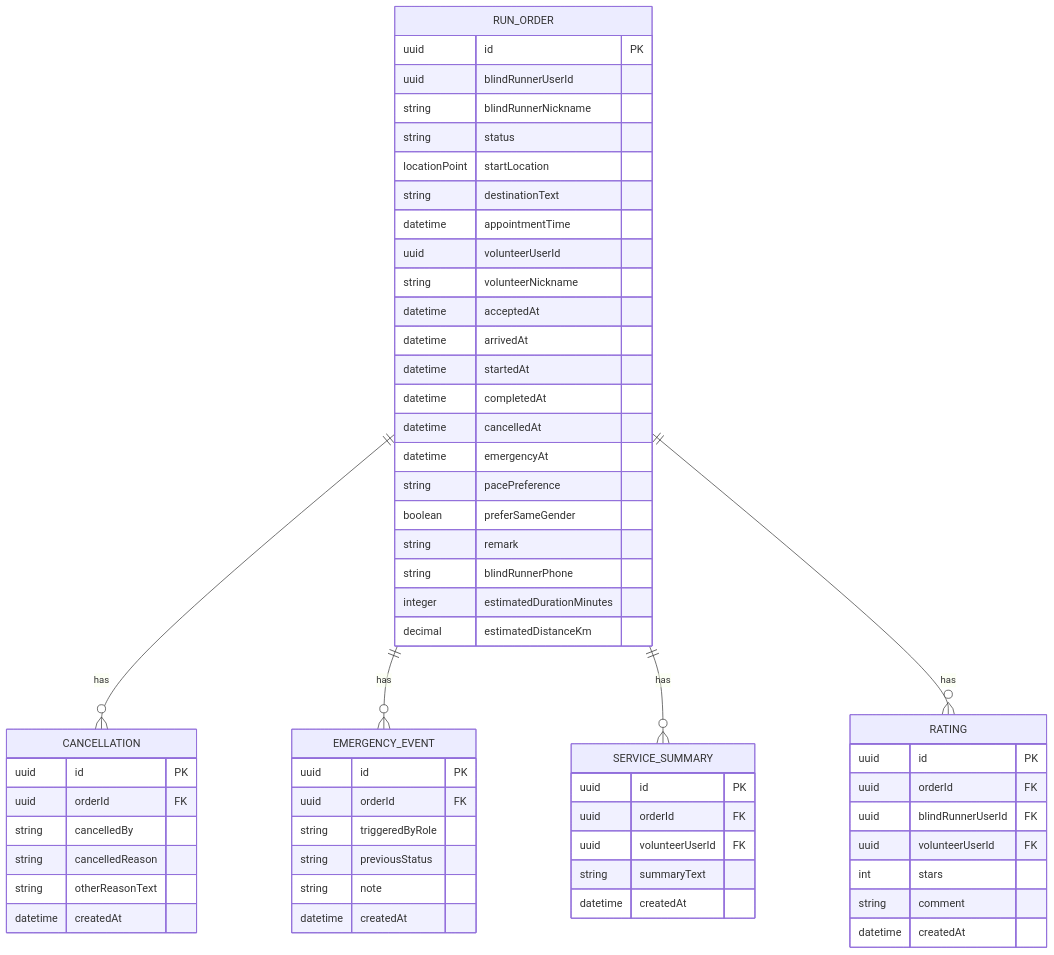
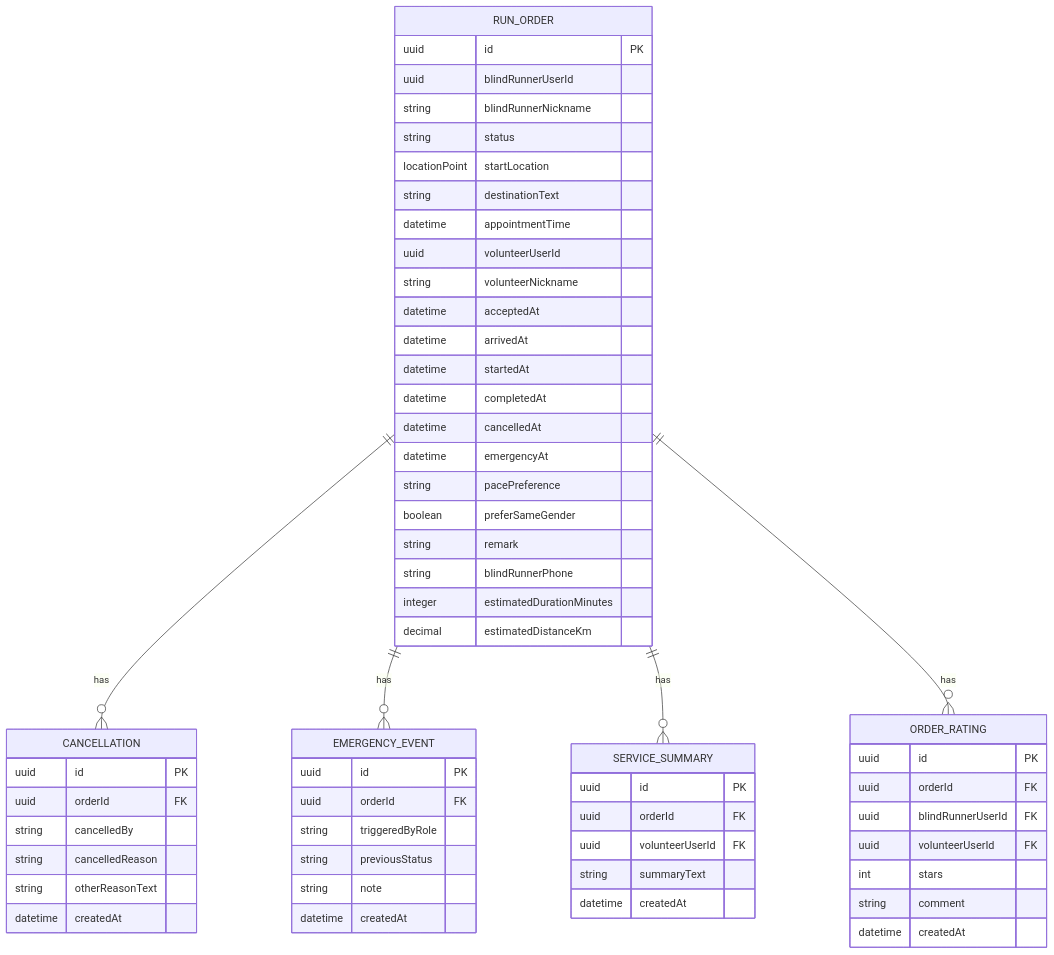
The tenth of 12 diagrams in .qoder/repowiki/zh/content/核心功能模块/订单生命周期管理.md (Jayden23018/blind-run-ios), drawn with Mermaid before and after one commit. The commit also changed other lines of this file and 8 other files, not shown here.

````diff
--- a/.qoder/repowiki/zh/content/核心功能模块/订单生命周期管理.md
+++ b/.qoder/repowiki/zh/content/核心功能模块/订单生命周期管理.md
@@ -426,62 +453,62 @@
 ```mermaid
 erDiagram
 RUN_ORDER {
 uuid id PK
 uuid blindRunnerUserId
 string blindRunnerNickname
 string status
 locationPoint startLocation
 string destinationText
 datetime appointmentTime
 uuid volunteerUserId
 string volunteerNickname
 datetime acceptedAt
 datetime arrivedAt
 datetime startedAt
 datetime completedAt
 datetime cancelledAt
 datetime emergencyAt
 string pacePreference
 boolean preferSameGender
 string remark
 string blindRunnerPhone
 integer estimatedDurationMinutes
 decimal estimatedDistanceKm
 }
 CANCELLATION {
 uuid id PK
 uuid orderId FK
 string cancelledBy
 string cancelledReason
 string otherReasonText
 datetime createdAt
 }
 EMERGENCY_EVENT {
 uuid id PK
 uuid orderId FK
 string triggeredByRole
 string previousStatus
 string note
 datetime createdAt
 }
 SERVICE_SUMMARY {
 uuid id PK
 uuid orderId FK
 uuid volunteerUserId FK
 string summaryText
 datetime createdAt
 }
-RATING {
+ORDER_RATING {
 uuid id PK
 uuid orderId FK
 uuid blindRunnerUserId FK
 uuid volunteerUserId FK
 int stars
 string comment
 datetime createdAt
 }
 RUN_ORDER ||--o{ CANCELLATION : "has"
 RUN_ORDER ||--o{ EMERGENCY_EVENT : "has"
 RUN_ORDER ||--o{ SERVICE_SUMMARY : "has"
-RUN_ORDER ||--o{ RATING : "has"
+RUN_ORDER ||--o{ ORDER_RATING : "has"
 ```
````
